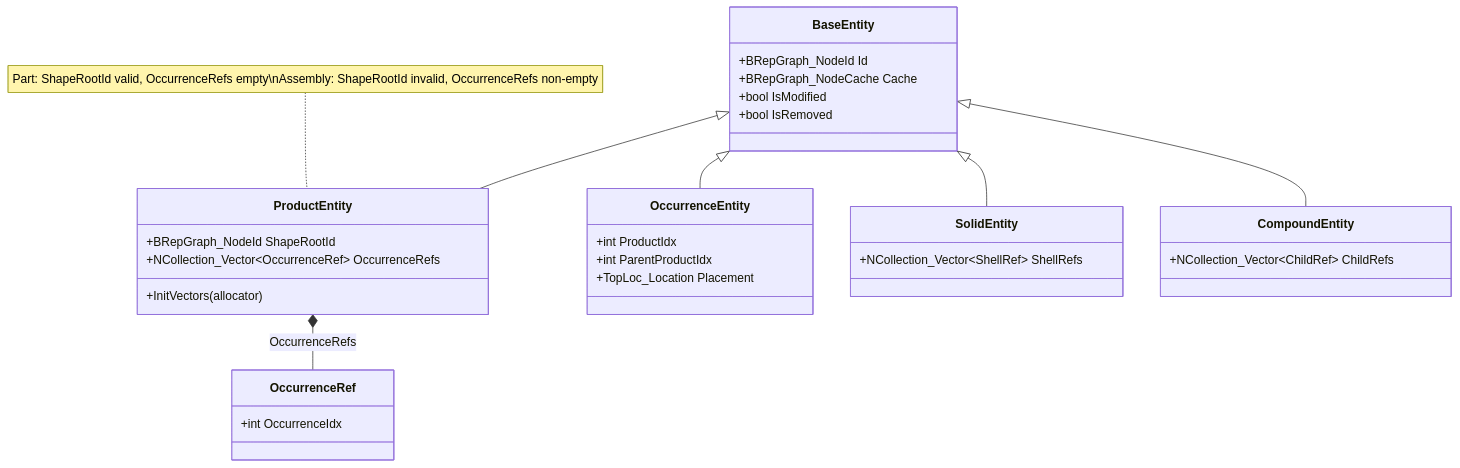
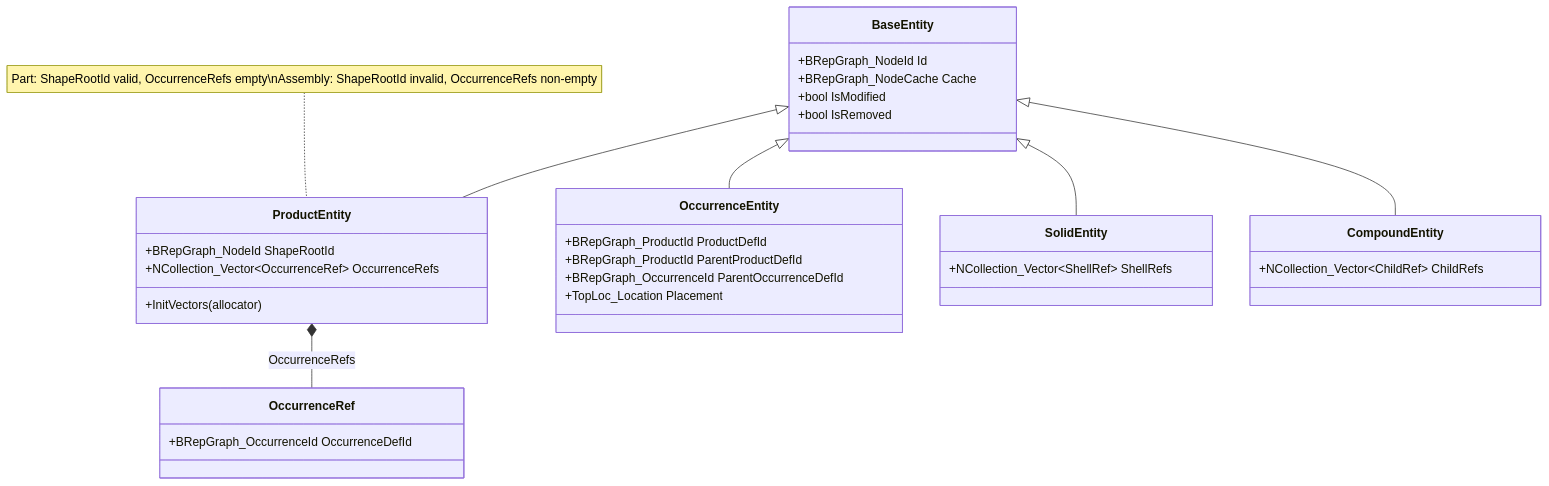
Before and after one commit to Open-Cascade-SAS/OCCT: the fifth of 9 diagrams in src/ModelingData/TKBRep/BRepGraph/TODO_Assembly_Visualization.md, drawn with Mermaid. The commit also changed other lines of this file and 4 other files, not shown here.

````diff
--- a/src/ModelingData/TKBRep/BRepGraph/TODO_Assembly_Visualization.md
+++ b/src/ModelingData/TKBRep/BRepGraph/TODO_Assembly_Visualization.md
@@ -186,41 +186,42 @@
 ```mermaid
 classDiagram
     class BaseEntity {
         +BRepGraph_NodeId Id
         +BRepGraph_NodeCache Cache
         +bool IsModified
         +bool IsRemoved
     }
 
     class ProductEntity {
         +BRepGraph_NodeId ShapeRootId
         +NCollection_Vector~OccurrenceRef~ OccurrenceRefs
         +InitVectors(allocator)
     }
 
     class OccurrenceEntity {
-        +int ProductIdx
-        +int ParentProductIdx
+        +BRepGraph_ProductId ProductDefId
+        +BRepGraph_ProductId ParentProductDefId
+        +BRepGraph_OccurrenceId ParentOccurrenceDefId
         +TopLoc_Location Placement
     }
 
     class OccurrenceRef {
-        +int OccurrenceIdx
+        +BRepGraph_OccurrenceId OccurrenceDefId
     }
 
     BaseEntity <|-- ProductEntity
     BaseEntity <|-- OccurrenceEntity
     ProductEntity *-- OccurrenceRef : OccurrenceRefs
 
     class SolidEntity {
         +NCollection_Vector~ShellRef~ ShellRefs
     }
     class CompoundEntity {
         +NCollection_Vector~ChildRef~ ChildRefs
     }
 
     BaseEntity <|-- SolidEntity
     BaseEntity <|-- CompoundEntity
 
     note for ProductEntity "Part: ShapeRootId valid, OccurrenceRefs empty\nAssembly: ShapeRootId invalid, OccurrenceRefs non-empty"
 ```
````
